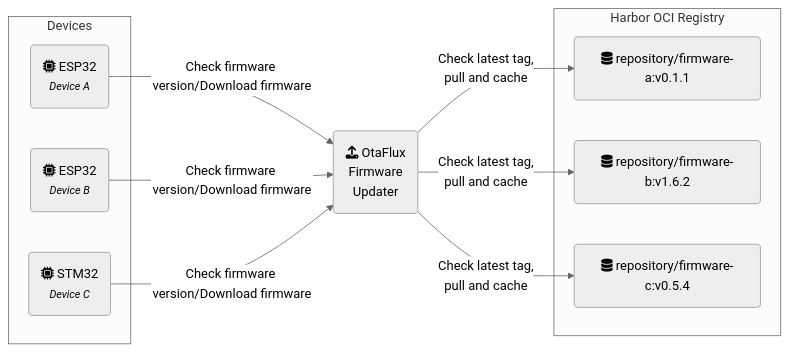
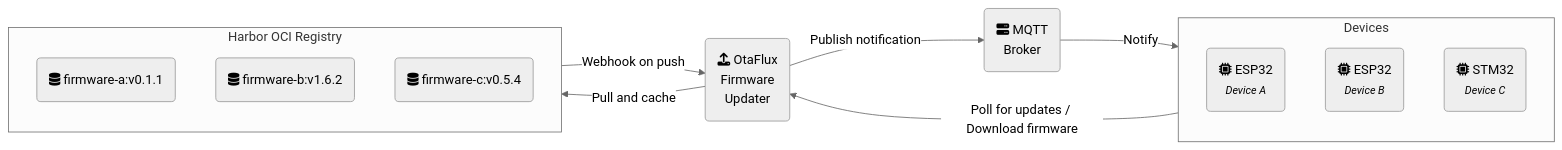
Before and after one commit to etiennetremel/otaflux: the diagram in README.md, drawn with Mermaid (neutral theme). The commit also changed other lines of this file and 32 other files, not shown here.

First line of the commit message:
feat: add MQTT notifier and Harbor webhook integration (#39)

````diff
--- a/README.md
+++ b/README.md
@@ -15,28 +14,23 @@
 ```mermaid
 flowchart LR
     OtaFlux(fa:fa-upload OtaFlux<br>Firmware<br>Updater)
+    MQTT(fa:fa-server MQTT<br>Broker)
 
     subgraph Devices
     DeviceA(fa:fa-microchip ESP32<br /><small><i>Device A</i></small>)
     DeviceB(fa:fa-microchip ESP32<br /><small><i>Device B</i></small>)
     DeviceC(fa:fa-microchip STM32<br /><small><i>Device C</i></small>)
     end
 
-    FirmwareA(fa:fa-database repository/firmware-a:v0.1.1)
-    FirmwareB(fa:fa-database repository/firmware-b:v1.6.2)
-    FirmwareC(fa:fa-database repository/firmware-c:v0.5.4)
-   
     subgraph Harbor["Harbor OCI Registry"]
-    FirmwareA
-    FirmwareB
-    FirmwareC
+    FirmwareA(fa:fa-database firmware-a:v0.1.1)
+    FirmwareB(fa:fa-database firmware-b:v1.6.2)
+    FirmwareC(fa:fa-database firmware-c:v0.5.4)
     end
 
-    DeviceA--Check firmware version/Download firmware-->OtaFlux
-    DeviceB--Check firmware version/Download firmware-->OtaFlux
-    DeviceC--Check firmware version/Download firmware-->OtaFlux
-
-    OtaFlux--Check latest tag,<br>pull and cache-->FirmwareA
-    OtaFlux--Check latest tag,<br>pull and cache-->FirmwareB
-    OtaFlux--Check latest tag,<br>pull and cache-->FirmwareC
+    Devices--Poll for updates / Download firmware-->OtaFlux
+    OtaFlux--Pull and cache-->Harbor
+    Harbor--Webhook on push-->OtaFlux
+    OtaFlux--Publish notification-->MQTT
+    MQTT--Notify-->Devices
 ```
````
